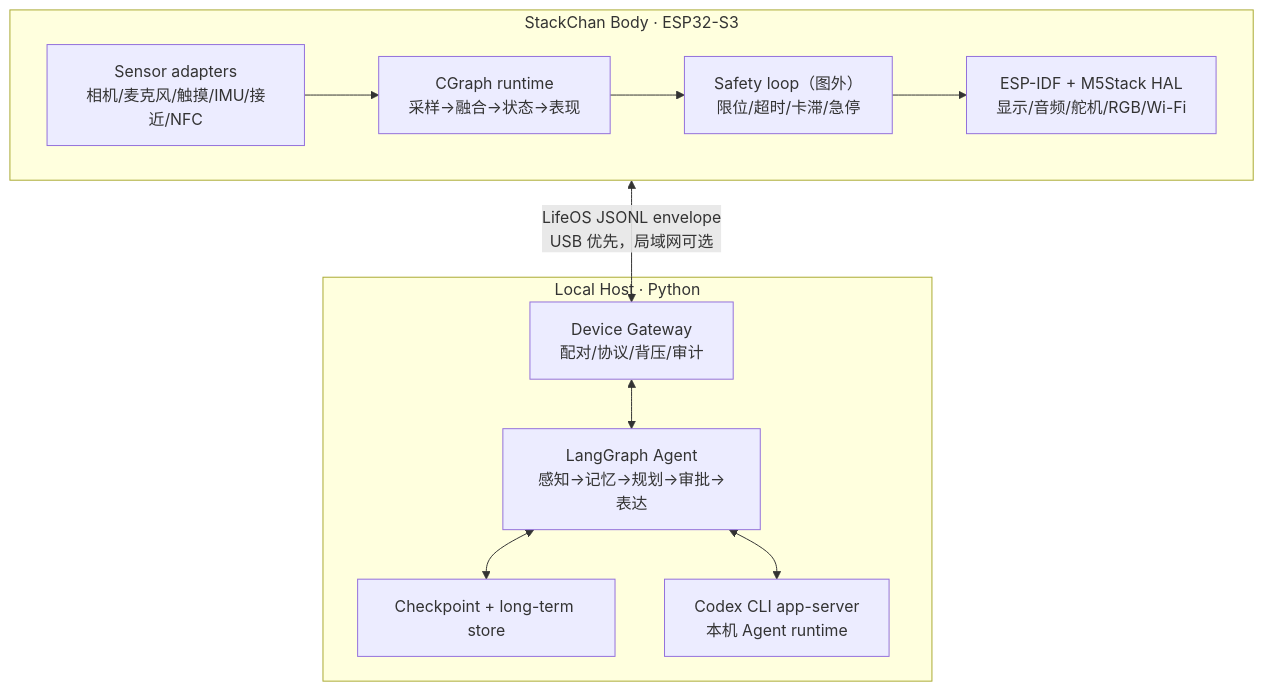
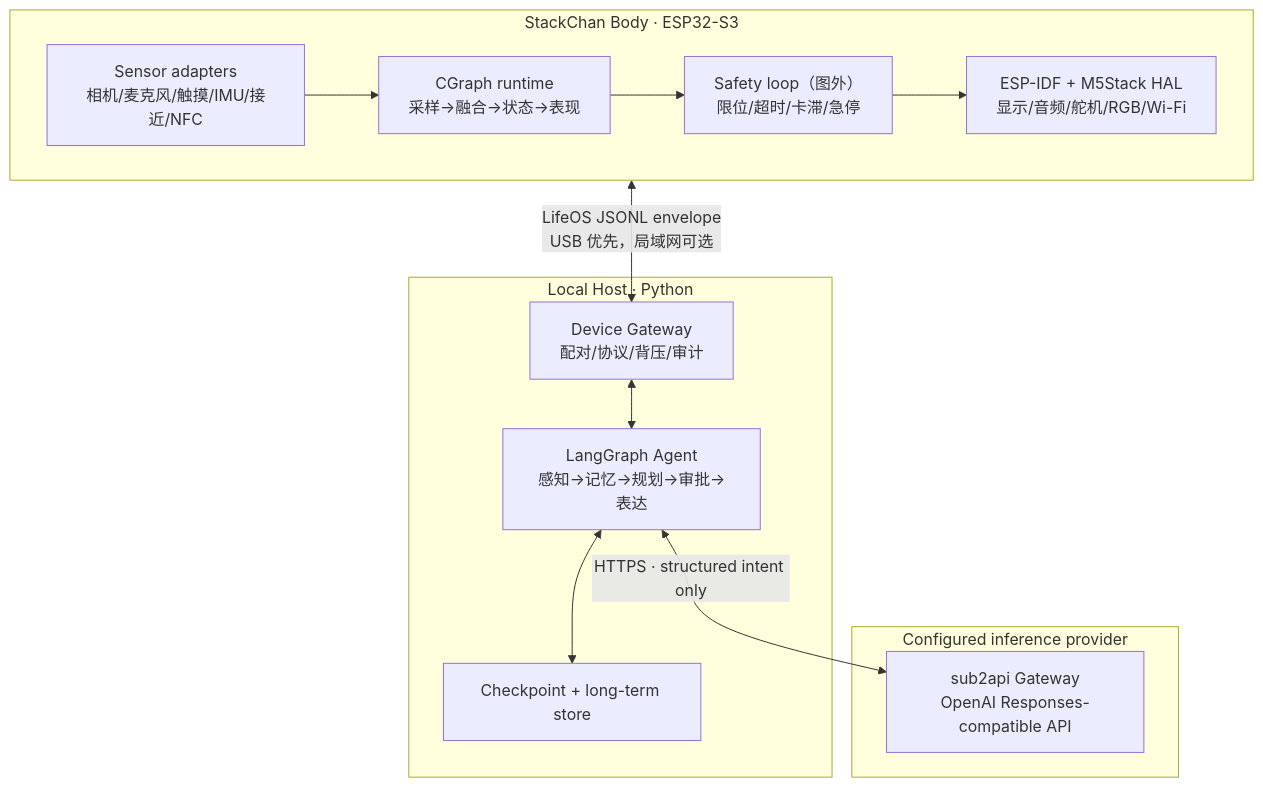
The diagram in docs/architecture.md (508284405/stackchan-lifeos), drawn with Mermaid before and after one commit. The commit also changed other lines of this file and 245 other files, not shown here.

````diff
--- a/docs/architecture.md
+++ b/docs/architecture.md
@@ -21,22 +22,24 @@
 ```mermaid
 flowchart TB
   subgraph DEVICE["StackChan Body · ESP32-S3"]
     SENS["Sensor adapters\n相机/麦克风/触摸/IMU/接近/NFC"]
     CG["CGraph runtime\n采样→融合→状态→表现"]
     SAFE["Safety loop（图外）\n限位/超时/卡滞/急停"]
     IO["ESP-IDF + M5Stack HAL\n显示/音频/舵机/RGB/Wi-Fi"]
     SENS --> CG
     CG --> SAFE
     SAFE --> IO
   end
   subgraph HOST["Local Host · Python"]
     API["Device Gateway\n配对/协议/背压/审计"]
     LG["LangGraph Agent\n感知→记忆→规划→审批→表达"]
     MEM["Checkpoint + long-term store"]
-    CODEX["Codex CLI app-server\n本机 Agent runtime"]
     API <--> LG
     LG <--> MEM
-    LG <--> CODEX
   end
+  subgraph PROVIDER["Configured inference provider"]
+    SUB2API["sub2api Gateway\nOpenAI Responses-compatible API"]
+  end
+  LG <-->|"HTTPS · structured intent only"| SUB2API
   DEVICE <-->|"LifeOS JSONL envelope\nUSB 优先，局域网可选"| API
 ```
````
